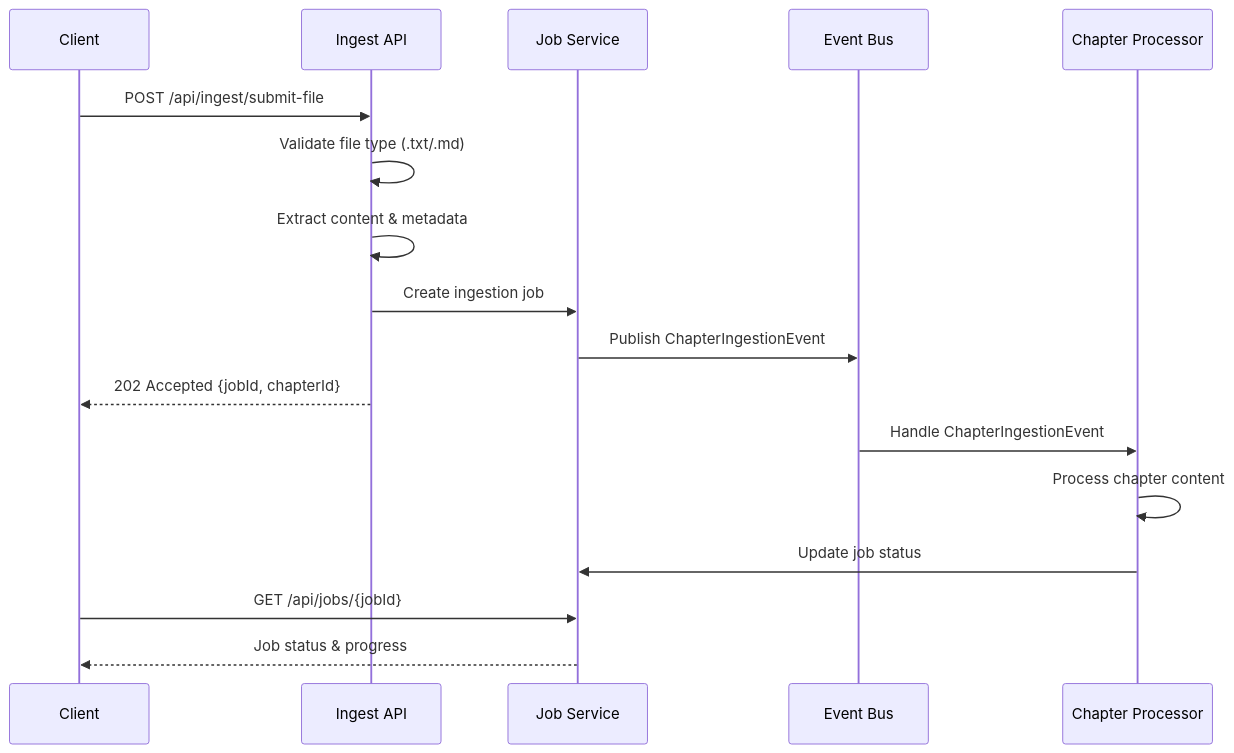
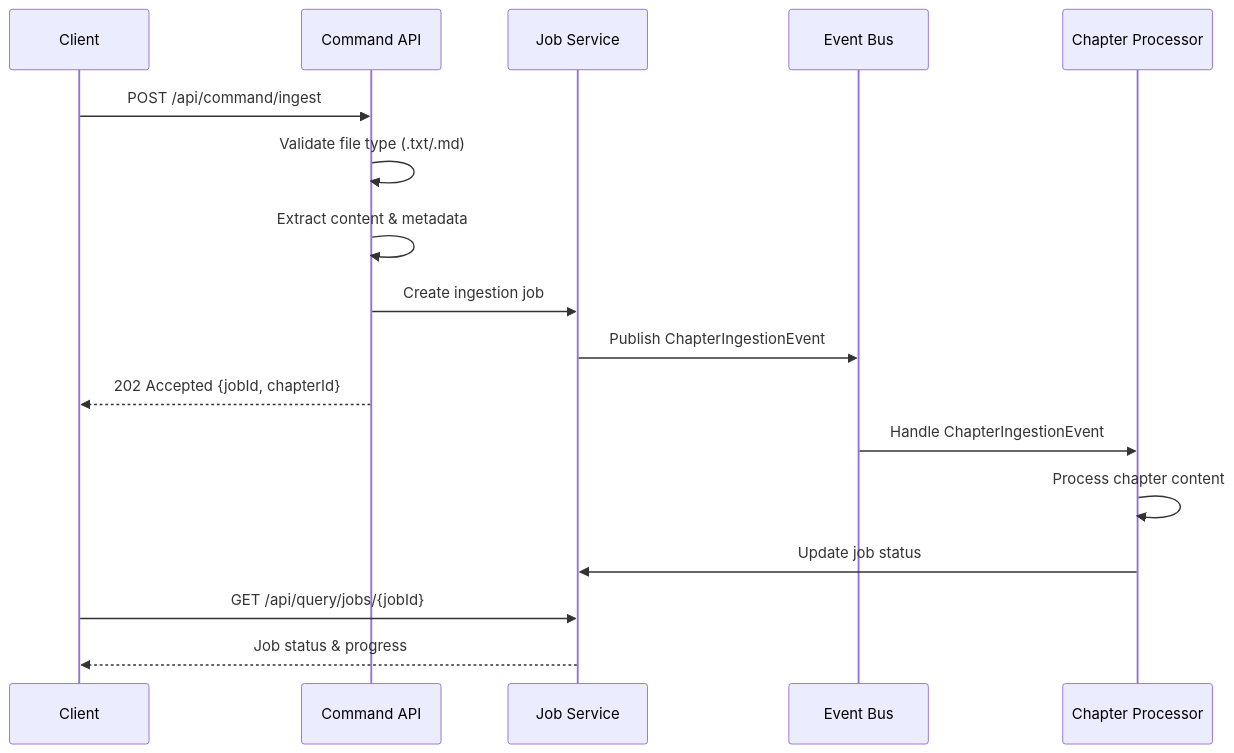
The first of 2 diagrams in docs/specs/rest-api-specification.md (chaixdev/lorevault-kb), drawn with Mermaid before and after one commit. The commit also changed other lines of this file and 12 other files, not shown here.

````diff
--- a/docs/specs/rest-api-specification.md
+++ b/docs/specs/rest-api-specification.md
@@ -26,22 +58,22 @@
 ```mermaid
 sequenceDiagram
     participant Client
-    participant IngestAPI as Ingest API
+    participant IngestAPI as Command API
     participant JobService as Job Service
     participant EventBus as Event Bus
     participant Processor as Chapter Processor
     
-    Client->>IngestAPI: POST /api/ingest/submit-file
+    Client->>IngestAPI: POST /api/command/ingest
     IngestAPI->>IngestAPI: Validate file type (.txt/.md)
     IngestAPI->>IngestAPI: Extract content & metadata
     IngestAPI->>JobService: Create ingestion job
     JobService->>EventBus: Publish ChapterIngestionEvent
     IngestAPI-->>Client: 202 Accepted {jobId, chapterId}
     
     EventBus->>Processor: Handle ChapterIngestionEvent
     Processor->>Processor: Process chapter content
     Processor->>JobService: Update job status
     
-    Client->>JobService: GET /api/jobs/{jobId}
+    Client->>JobService: GET /api/query/jobs/{jobId}
     JobService-->>Client: Job status & progress
 ```
````
